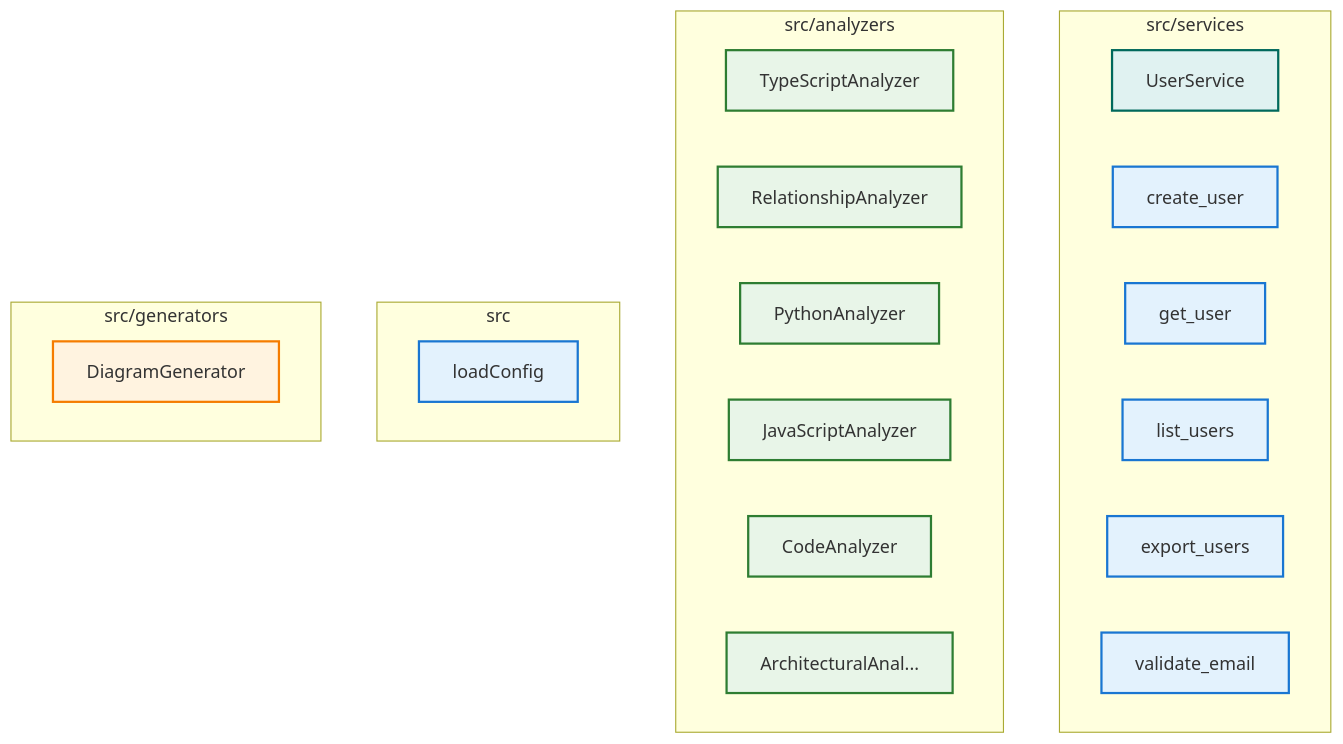
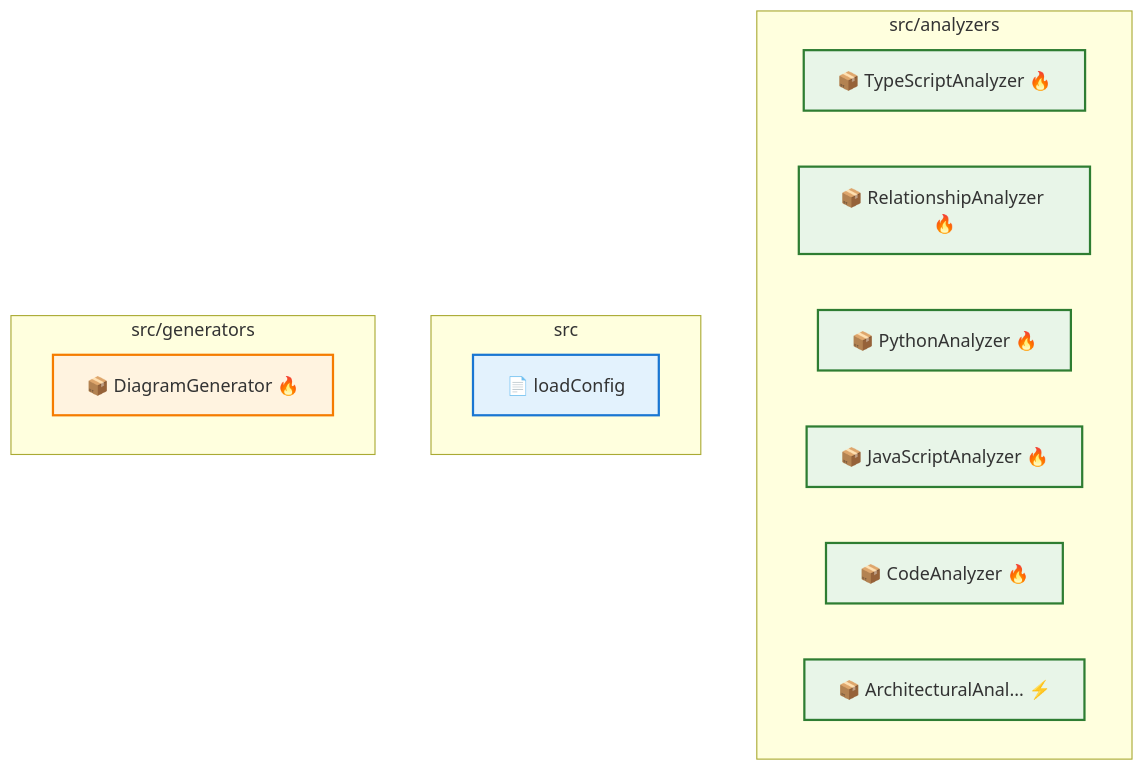
Before and after one commit to samjhill/diagrammer: the diagram in docs/architecture/architecture.md, drawn with Mermaid. The commit also changed other lines of this file and 7 other files, not shown here.

Commit message:
docs: Update architecture diagrams [skip ci]

````diff
--- a/docs/architecture/architecture.md
+++ b/docs/architecture/architecture.md
@@ -15,54 +24,39 @@
 ```mermaid
 graph TD
   classDef component fill:#e3f2fd,stroke:#1976d2,stroke-width:2px
   classDef analyzer fill:#e8f5e8,stroke:#2e7d32,stroke-width:2px
   classDef generator fill:#fff3e0,stroke:#f57c00,stroke-width:2px
   classDef manager fill:#f3e5f5,stroke:#7b1fa2,stroke-width:2px
   classDef service fill:#e0f2f1,stroke:#00695c,stroke-width:2px
   classDef external fill:#ffebee,stroke:#c62828,stroke-width:2px
   classDef framework fill:#f1f8e9,stroke:#558b2f,stroke-width:2px
   classDef npm fill:#e8eaf6,stroke:#3f51b5,stroke-width:2px
   classDef group fill:#fafafa,stroke:#424242,stroke-width:3px
 
-  subgraph tests_sample_project_src_services["src/services"]
-    UserService["UserService"]
-    create_user["create_user"]
-    get_user["get_user"]
-    list_users["list_users"]
-    export_users["export_users"]
-    validate_email["validate_email"]
-  end
-
   subgraph src_analyzers["src/analyzers"]
-    TypeScriptAnalyzer["TypeScriptAnalyzer"]
-    RelationshipAnalyzer["RelationshipAnalyzer"]
-    PythonAnalyzer["PythonAnalyzer"]
-    JavaScriptAnalyzer["JavaScriptAnalyzer"]
-    CodeAnalyzer["CodeAnalyzer"]
-    ArchitecturalAnalyzer["ArchitecturalAnal..."]
+    TypeScriptAnalyzer["📦 TypeScriptAnalyzer 🔥"]
+    RelationshipAnalyzer["📦 RelationshipAnalyzer 🔥"]
+    PythonAnalyzer["📦 PythonAnalyzer 🔥"]
+    JavaScriptAnalyzer["📦 JavaScriptAnalyzer 🔥"]
+    CodeAnalyzer["📦 CodeAnalyzer 🔥"]
+    ArchitecturalAnalyzer["📦 ArchitecturalAnal... ⚡"]
   end
 
   subgraph src["src"]
-    loadConfig["loadConfig"]
+    loadConfig["📄 loadConfig"]
   end
 
   subgraph src_generators["src/generators"]
-    DiagramGenerator["DiagramGenerator"]
+    DiagramGenerator["📦 DiagramGenerator 🔥"]
   end
 
-  UserService:::service
-  create_user:::component
-  get_user:::component
-  list_users:::component
-  export_users:::component
-  validate_email:::component
   loadConfig:::component
   DiagramGenerator:::generator
   TypeScriptAnalyzer:::analyzer
   RelationshipAnalyzer:::analyzer
   PythonAnalyzer:::analyzer
   JavaScriptAnalyzer:::analyzer
   CodeAnalyzer:::analyzer
   ArchitecturalAnalyzer:::analyzer
 
 ```
````
